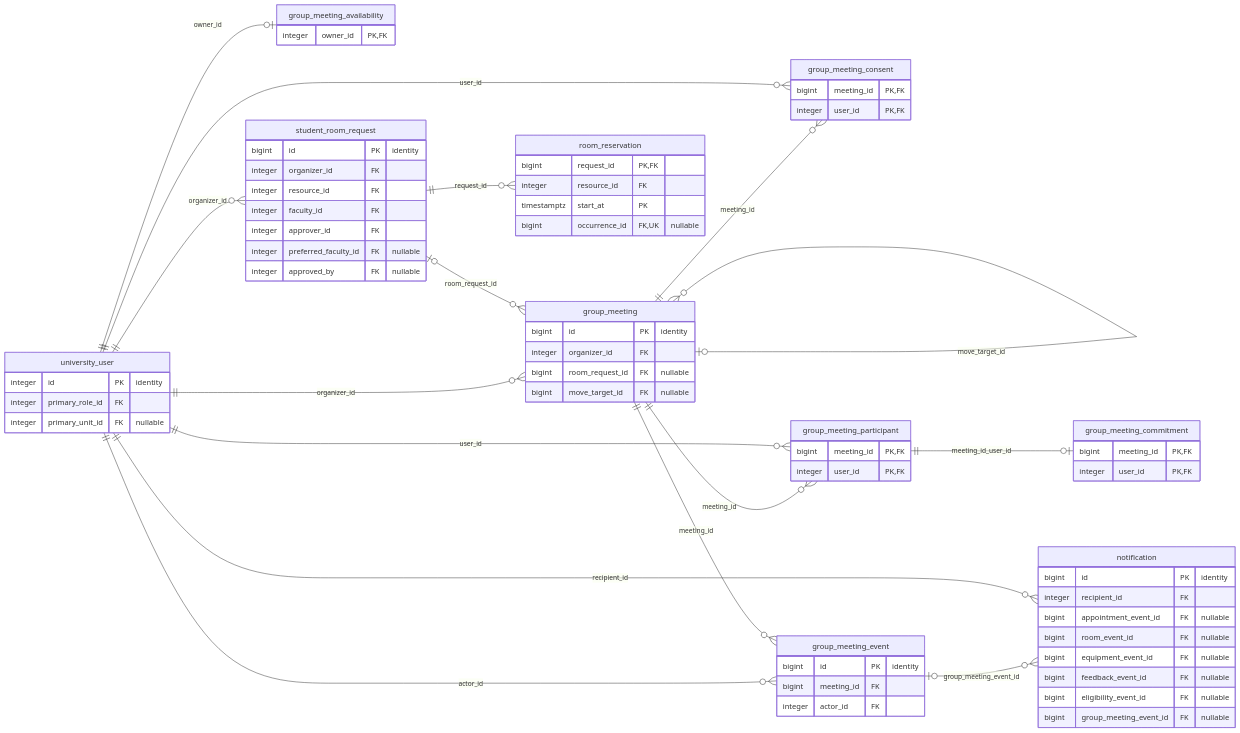
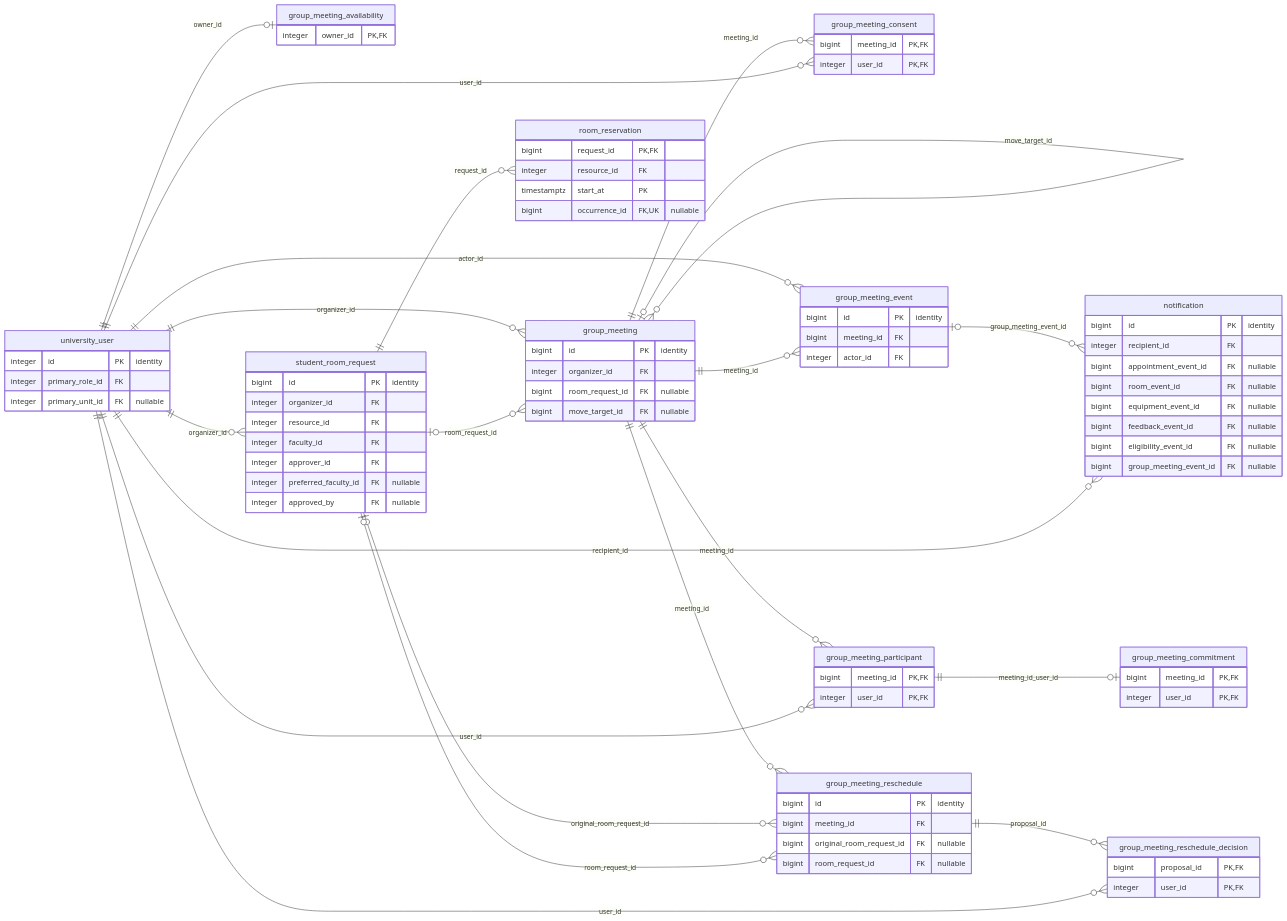
Before and after one commit to najib-attar/resource-allocation-system: the diagram in docs/architecture/group-meeting-er.mmd, drawn with Mermaid. The commit also changed 37 other files, not shown here.

Commit message:
Complete consent-based meeting changes and faculty-reviewed group rooms

```diff
--- a/docs/architecture/group-meeting-er.mmd
+++ b/docs/architecture/group-meeting-er.mmd
@@ -1,74 +1,89 @@
 %% Generated by scripts/generate_database_diagrams.py; do not edit manually.
 erDiagram
     direction LR
     group_meeting {
         bigint id PK "identity"
         integer organizer_id FK
         bigint room_request_id FK "nullable"
         bigint move_target_id FK "nullable"
     }
     group_meeting_availability {
         integer owner_id PK,FK
     }
     group_meeting_commitment {
         bigint meeting_id PK,FK
         integer user_id PK,FK
     }
     group_meeting_consent {
         bigint meeting_id PK,FK
         integer user_id PK,FK
     }
     group_meeting_event {
         bigint id PK "identity"
         bigint meeting_id FK
         integer actor_id FK
     }
     group_meeting_participant {
         bigint meeting_id PK,FK
+        integer user_id PK,FK
+    }
+    group_meeting_reschedule {
+        bigint id PK "identity"
+        bigint meeting_id FK
+        bigint original_room_request_id FK "nullable"
+        bigint room_request_id FK "nullable"
+    }
+    group_meeting_reschedule_decision {
+        bigint proposal_id PK,FK
         integer user_id PK,FK
     }
     notification {
         bigint id PK "identity"
         integer recipient_id FK
         bigint appointment_event_id FK "nullable"
         bigint room_event_id FK "nullable"
         bigint equipment_event_id FK "nullable"
         bigint feedback_event_id FK "nullable"
         bigint eligibility_event_id FK "nullable"
         bigint group_meeting_event_id FK "nullable"
     }
     room_reservation {
         bigint request_id PK,FK
         integer resource_id FK
         timestamptz start_at PK
         bigint occurrence_id FK,UK "nullable"
     }
     student_room_request {
         bigint id PK "identity"
         integer organizer_id FK
         integer resource_id FK
         integer faculty_id FK
         integer approver_id FK
         integer preferred_faculty_id FK "nullable"
         integer approved_by FK "nullable"
     }
     university_user {
         integer id PK "identity"
         integer primary_role_id FK
         integer primary_unit_id FK "nullable"
     }
     group_meeting o|--o{ group_meeting : move_target_id
     university_user ||--o{ group_meeting : organizer_id
     student_room_request o|--o{ group_meeting : room_request_id
     university_user ||--o| group_meeting_availability : owner_id
     group_meeting_participant ||--o| group_meeting_commitment : meeting_id_user_id
     group_meeting ||--o{ group_meeting_consent : meeting_id
     university_user ||--o{ group_meeting_consent : user_id
     university_user ||--o{ group_meeting_event : actor_id
     group_meeting ||--o{ group_meeting_event : meeting_id
     group_meeting ||--o{ group_meeting_participant : meeting_id
     university_user ||--o{ group_meeting_participant : user_id
+    group_meeting ||--o{ group_meeting_reschedule : meeting_id
+    student_room_request o|--o{ group_meeting_reschedule : original_room_request_id
+    student_room_request o|--o{ group_meeting_reschedule : room_request_id
+    group_meeting_reschedule ||--o{ group_meeting_reschedule_decision : proposal_id
+    university_user ||--o{ group_meeting_reschedule_decision : user_id
     group_meeting_event o|--o{ notification : group_meeting_event_id
     university_user ||--o{ notification : recipient_id
     student_room_request ||--o{ room_reservation : request_id
     university_user ||--o{ student_room_request : organizer_id
```
